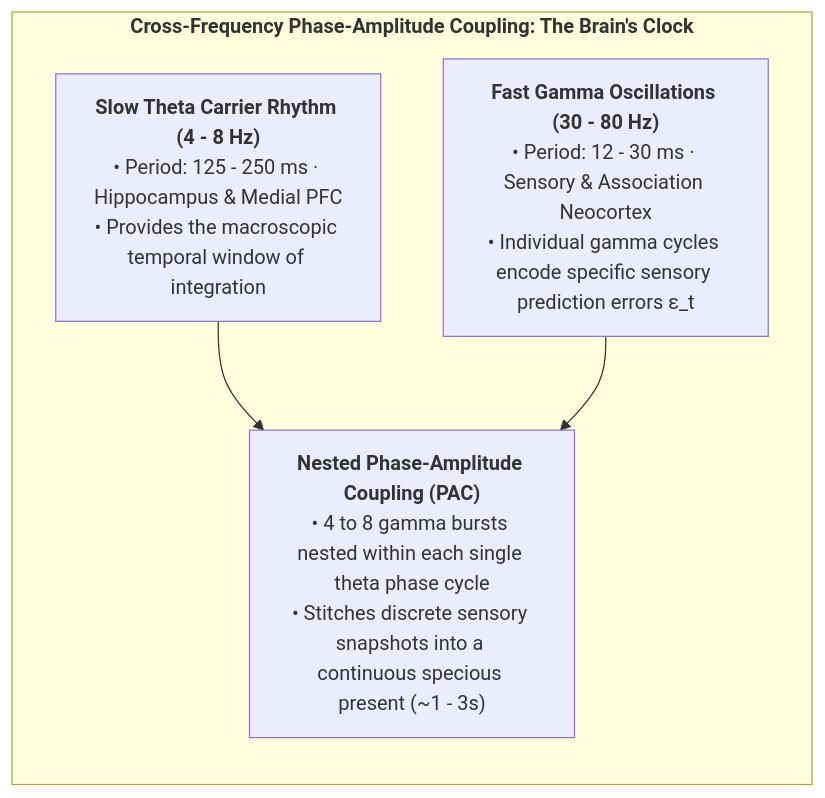
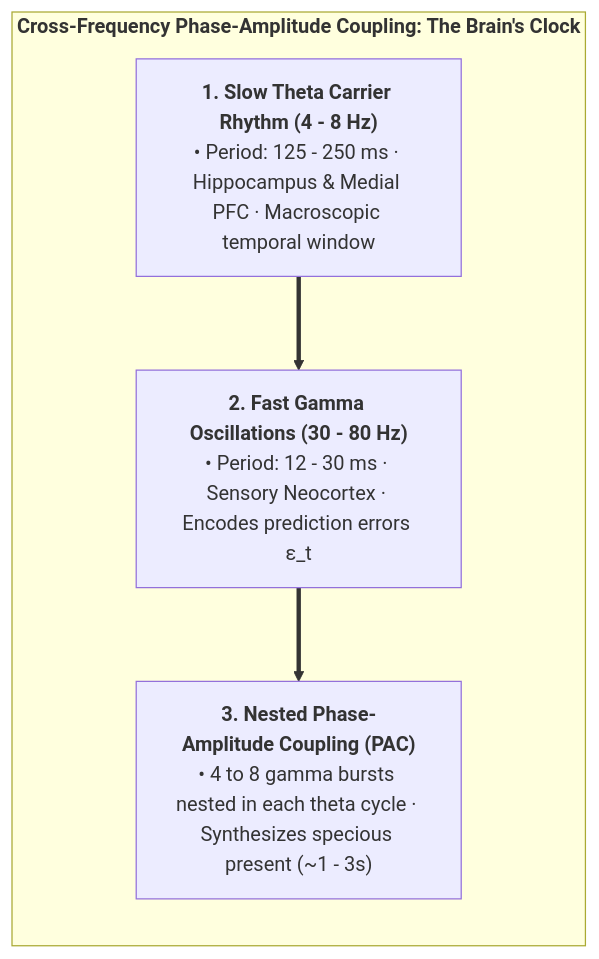
The third of 6 diagrams in book/manuscript_en/06_temporal_mechanics_of_consciousness_and_specious_present.md (Thriebl/active-inference-phi-network), drawn with Mermaid before and after one commit. The commit also changed other lines of this file and 16 other files, not shown here.

Commit message:
Enhance English monograph: standardize chart sizing, number figures/statements/tables, add lists before App E, link open-source repo

````diff
--- a/book/manuscript_en/06_temporal_mechanics_of_consciousness_and_specious_present.md
+++ b/book/manuscript_en/06_temporal_mechanics_of_consciousness_and_specious_present.md
@@ -88,15 +90,14 @@
 ```mermaid
 flowchart TD
     subgraph NEURAL_PAC["<b>Cross-Frequency Phase-Amplitude Coupling: The Brain's Clock</b>"]
         direction TB
         
-        THETA["<b>Slow Theta Carrier Rhythm (4 - 8 Hz)</b><br>• Period: 125 - 250 ms · Hippocampus & Medial PFC<br>• Provides the macroscopic temporal window of integration"]
+        THETA["<b>1. Slow Theta Carrier Rhythm (4 - 8 Hz)</b><br>• Period: 125 - 250 ms · Hippocampus & Medial PFC · Macroscopic temporal window"]
         
-        GAMMA["<b>Fast Gamma Oscillations (30 - 80 Hz)</b><br>• Period: 12 - 30 ms · Sensory & Association Neocortex<br>• Individual gamma cycles encode specific sensory prediction errors ε_t"]
+        GAMMA["<b>2. Fast Gamma Oscillations (30 - 80 Hz)</b><br>• Period: 12 - 30 ms · Sensory Neocortex · Encodes prediction errors ε_t"]
         
-        NESTING["<b>Nested Phase-Amplitude Coupling (PAC)</b><br>• 4 to 8 gamma bursts nested within each single theta phase cycle<br>• Stitches discrete sensory snapshots into a continuous specious present (~1 - 3s)"]
+        NESTING["<b>3. Nested Phase-Amplitude Coupling (PAC)</b><br>• 4 to 8 gamma bursts nested in each theta cycle · Synthesizes specious present (~1 - 3s)"]
         
-        THETA --> NESTING
-        GAMMA --> NESTING
+        THETA ==> GAMMA ==> NESTING
     end
 ```
````
